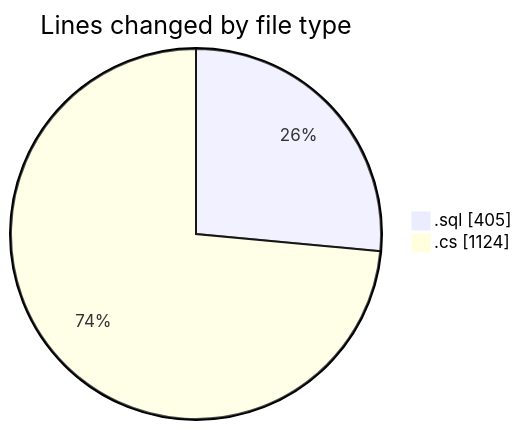
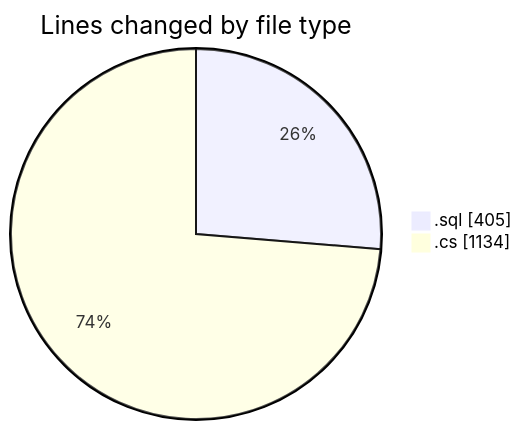
One commit to lephambinh05/code-tracking changed the first of 2 diagrams in 2025-07-23/quanlyrapchieuphim/README.md. Above: the diagram before and after it, drawn with Mermaid. The commit also changed other lines of this file and 1 other file, not shown here.

````diff
--- a/2025-07-23/quanlyrapchieuphim/README.md
+++ b/2025-07-23/quanlyrapchieuphim/README.md
@@ -24,6 +25,6 @@
 ```mermaid
 pie showData
 title Lines changed by file type
 ".sql" : 405
-".cs" : 1124
+".cs" : 1134
 ```
````
